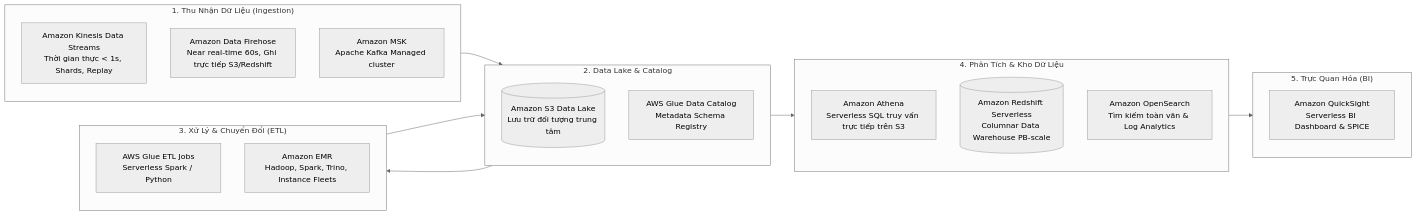
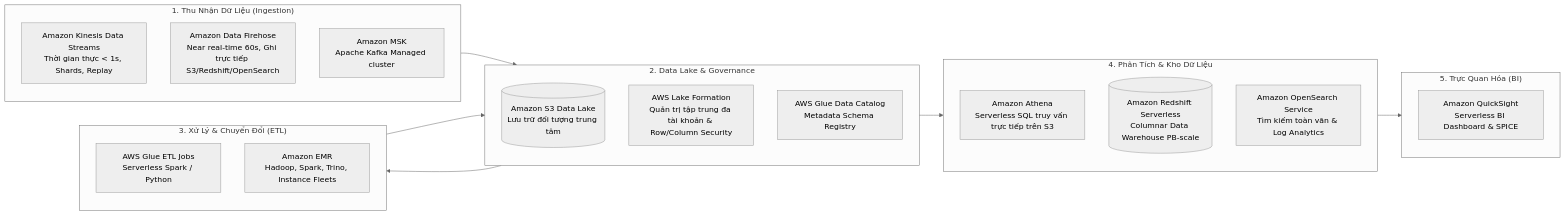
The first of 5 diagrams in AWS_Services/Analytics_Big_Data_Services.md (nhatphanhk/AWS_XBrain_Note), drawn with Mermaid (neutral theme) before and after one commit. The commit also changed other lines of this file and 29 other files, not shown here.

Commit message:
feat: add AWS service study notes and Tutorials Dojo practice exam sets

````diff
--- a/AWS_Services/Analytics_Big_Data_Services.md
+++ b/AWS_Services/Analytics_Big_Data_Services.md
@@ -15,34 +16,35 @@
 ```mermaid
 flowchart LR
     subgraph Ingestion["1. Thu Nhận Dữ Liệu (Ingestion)"]
         KDS[Amazon Kinesis Data Streams\nThời gian thực < 1s, Shards, Replay]
-        KDF[Amazon Data Firehose\nNear real-time 60s, Ghi trực tiếp S3/Redshift]
+        KDF[Amazon Data Firehose\nNear real-time 60s, Ghi trực tiếp S3/Redshift/OpenSearch]
         MSK[Amazon MSK\nApache Kafka Managed cluster]
     end
 
-    subgraph StorageLake["2. Data Lake & Catalog"]
+    subgraph StorageLake["2. Data Lake & Governance"]
         S3[(Amazon S3 Data Lake\nLưu trữ đối tượng trung tâm)]
+        LakeForm[AWS Lake Formation\nQuản trị tập trung đa tài khoản & Row/Column Security]
         GlueCat[AWS Glue Data Catalog\nMetadata Schema Registry]
     end
 
     subgraph ProcessingETL["3. Xử Lý & Chuyển Đổi (ETL)"]
         GlueJob[AWS Glue ETL Jobs\nServerless Spark / Python]
         EMR[Amazon EMR\nHadoop, Spark, Trino, Instance Fleets]
     end
 
     subgraph WarehouseAnalytics["4. Phân Tích & Kho Dữ Liệu"]
         Athena[Amazon Athena\nServerless SQL truy vấn trực tiếp trên S3]
         Redshift[(Amazon Redshift Serverless\nColumnar Data Warehouse PB-scale)]
-        OpenSearch[Amazon OpenSearch\nTìm kiếm toàn văn & Log Analytics]
+        OpenSearch[Amazon OpenSearch Service\nTìm kiếm toàn văn & Log Analytics]
     end
 
     subgraph BI["5. Trực Quan Hóa (BI)"]
         QS[Amazon QuickSight\nServerless BI Dashboard & SPICE]
     end
 
     Ingestion --> StorageLake
     StorageLake --> ProcessingETL
     ProcessingETL --> StorageLake
     StorageLake --> WarehouseAnalytics
     WarehouseAnalytics --> BI
 ```
````
